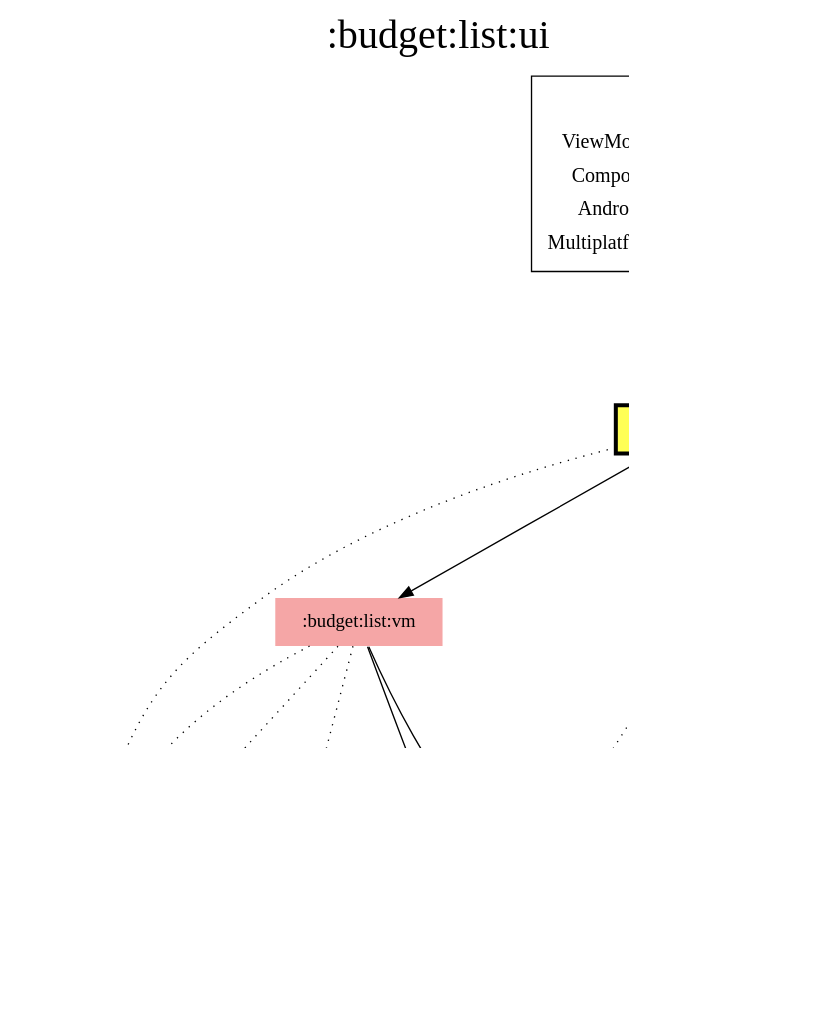
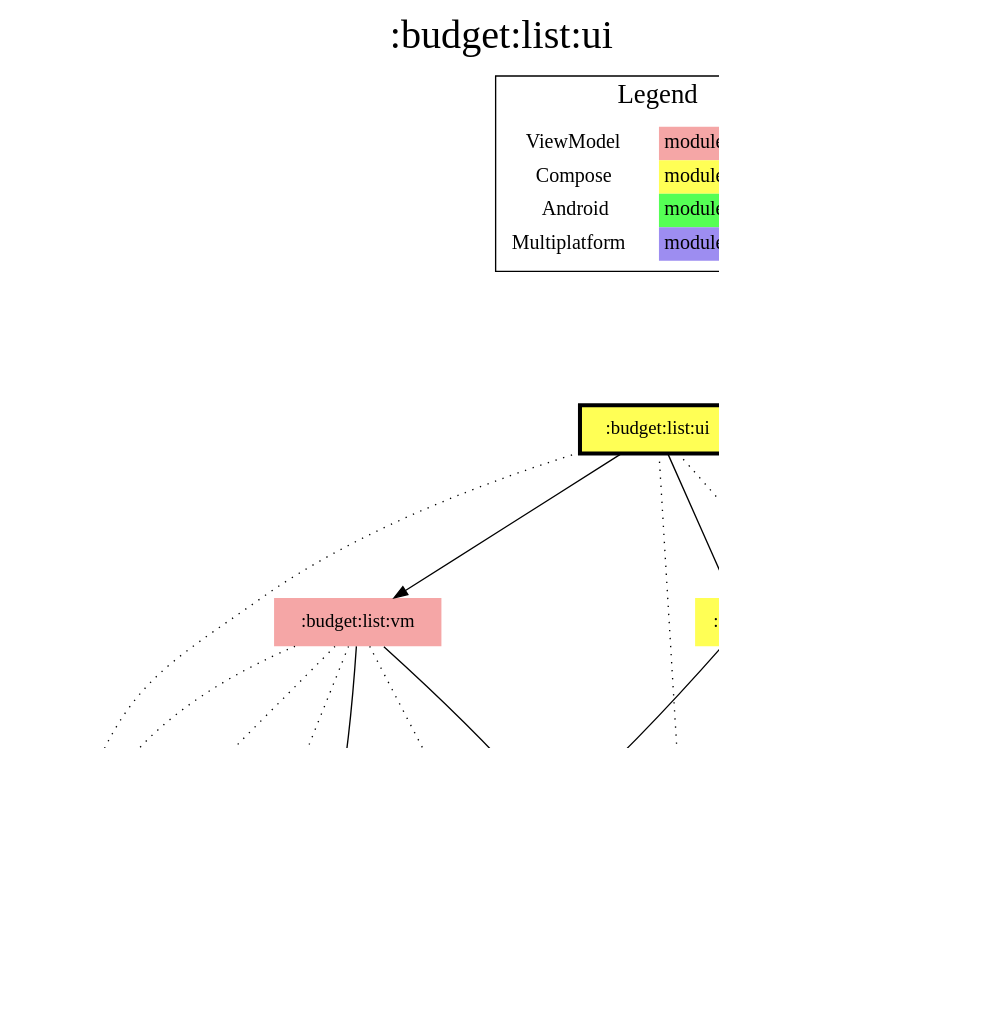
One commit to jonapoul/aktual changed the diagram in modules/budget/list/ui/modules.dot. Above: the diagram before and after it, drawn with Graphviz. The commit also changed 102 other files, not shown here.

```diff
--- a/modules/budget/list/ui/modules.dot
+++ b/modules/budget/list/ui/modules.dot
@@ -1,53 +1,55 @@
 digraph {
 edge ["dir"="forward"]
 graph ["dpi"="100","label"=":budget:list:ui","labelloc"="t","fontsize"="30","ranksep"="1.5","rankdir"="TB"]
 node ["style"="filled"]
 ":account:model" ["fillcolor"="#9D8DF1","shape"="none"]
 ":api:actual" ["fillcolor"="#9D8DF1","shape"="none"]
 ":budget:list:ui" ["fillcolor"="#FFFF55","color"="black","penwidth"="3","shape"="box"]
 ":budget:list:vm" ["fillcolor"="#F5A6A6","shape"="none"]
 ":budget:model" ["fillcolor"="#9D8DF1","shape"="none"]
 ":codegen:annotation" ["fillcolor"="#9D8DF1","shape"="none"]
 ":core:android" ["fillcolor"="#55FF55","shape"="none"]
 ":core:model" ["fillcolor"="#9D8DF1","shape"="none"]
 ":core:ui" ["fillcolor"="#FFFF55","shape"="none"]
 ":l10n" ["fillcolor"="#9D8DF1","shape"="none"]
+":logging" ["fillcolor"="#9D8DF1","shape"="none"]
 ":prefs" ["fillcolor"="#9D8DF1","shape"="none"]
 {
 edge ["dir"="none"]
 graph ["rank"="same"]
 ":budget:list:ui"
 }
 ":api:actual" -> ":account:model"
 ":api:actual" -> ":budget:model"
 ":api:actual" -> ":codegen:annotation" ["style"="dotted"]
 ":api:actual" -> ":core:model"
 ":budget:list:ui" -> ":account:model" ["style"="dotted"]
 ":budget:list:ui" -> ":budget:list:vm"
 ":budget:list:ui" -> ":budget:model" ["style"="dotted"]
 ":budget:list:ui" -> ":core:ui"
 ":budget:list:ui" -> ":l10n" ["style"="dotted"]
 ":budget:list:vm" -> ":account:model" ["style"="dotted"]
 ":budget:list:vm" -> ":api:actual" ["style"="dotted"]
 ":budget:list:vm" -> ":budget:model"
 ":budget:list:vm" -> ":core:model"
+":budget:list:vm" -> ":logging" ["style"="dotted"]
 ":budget:list:vm" -> ":prefs" ["style"="dotted"]
 ":core:ui" -> ":budget:model"
 ":core:ui" -> ":core:android" ["style"="dotted"]
 ":core:ui" -> ":core:model"
 ":core:ui" -> ":l10n" ["style"="dotted"]
 ":prefs" -> ":account:model"
 ":prefs" -> ":core:model"
 subgraph "cluster_legend" {
 edge ["dir"="none"]
 graph ["label"="Legend","fontsize"="20"]
 "Legend" ["style"="filled","fillcolor"="#FFFFFF","shape"="none","margin"="0","fontsize"="15","label"=<
 <TABLE BORDER="0" CELLBORDER="0" CELLSPACING="0" CELLPADDING="4">
 <TR><TD>ViewModel</TD><TD BGCOLOR="#F5A6A6">module-name</TD></TR>
 <TR><TD>Compose</TD><TD BGCOLOR="#FFFF55">module-name</TD></TR>
 <TR><TD>Android</TD><TD BGCOLOR="#55FF55">module-name</TD></TR>
 <TR><TD>Multiplatform</TD><TD BGCOLOR="#9D8DF1">module-name</TD></TR>
 </TABLE>
 >]
 } -> ":budget:list:ui" ["style"="invis"]
 }
```
